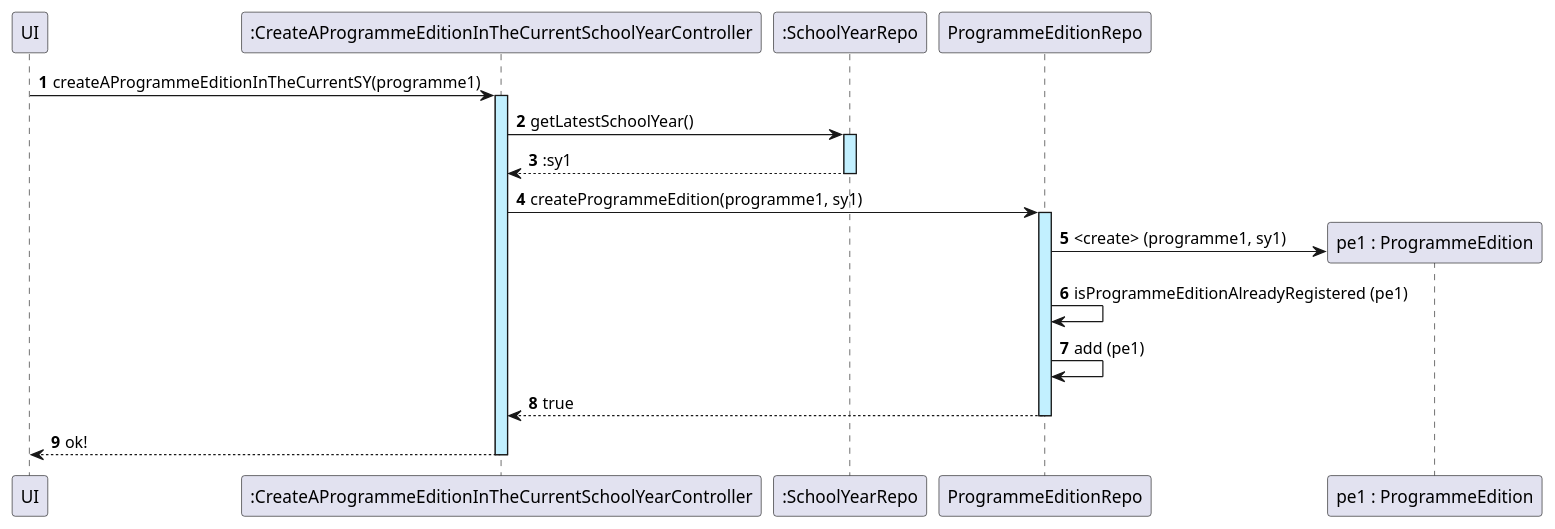
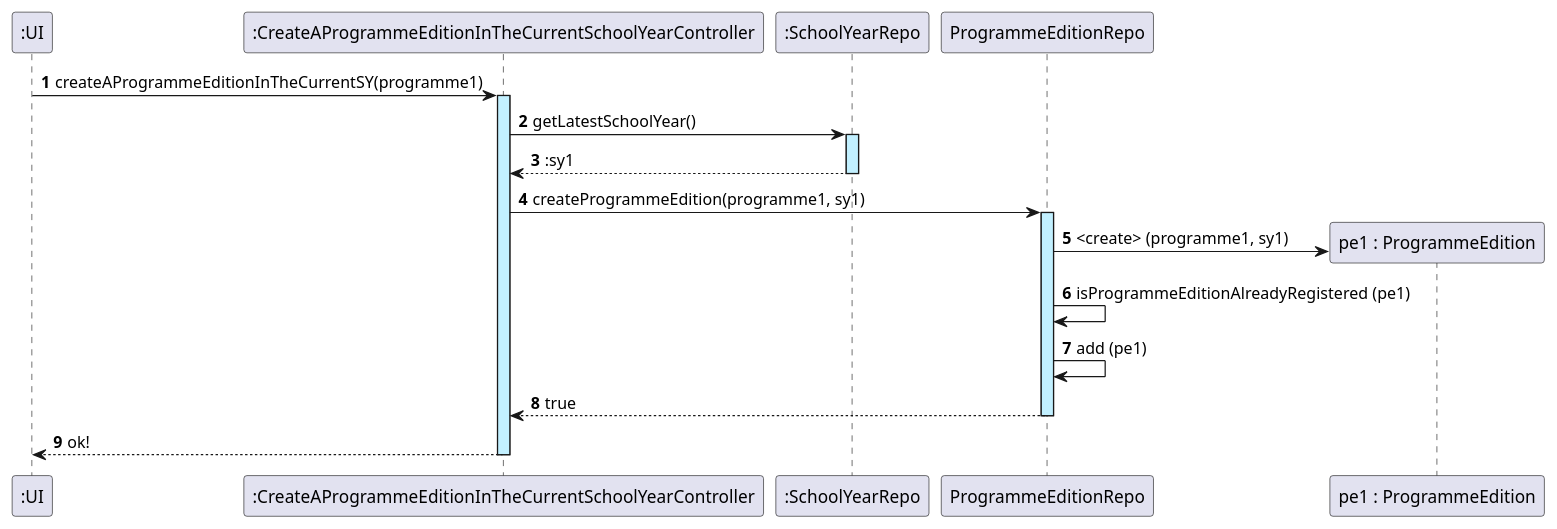
One commit to GasparISEP/DevOps-PAI changed the diagram in docs/sequenceDiagrams/US18/US18_CreateAProgrammeEditionForTheCurrentSchoolYear.puml. Above: the diagram before and after it, drawn with PlantUML.

Commit message:
US18 Sequence Diagram minor corrections

```diff
--- a/docs/sequenceDiagrams/US18/US18_CreateAProgrammeEditionForTheCurrentSchoolYear.puml
+++ b/docs/sequenceDiagrams/US18/US18_CreateAProgrammeEditionForTheCurrentSchoolYear.puml
@@ -1,27 +1,27 @@
 @startuml
 
 autonumber
 
-participant "UI"
+participant ":UI" as UI
 participant ":CreateAProgrammeEditionInTheCurrentSchoolYearController" as CPEC
 participant ":SchoolYearRepo" as SYR
 'participant ":SchoolYear"
 'participant "ProgrammeList"
 participant "ProgrammeEditionRepo" as PER
 'participant "ProgrammeEdition"
 
 
 UI -> CPEC ++ #application : createAProgrammeEditionInTheCurrentSY(programme1)
 CPEC -> SYR ++ #application : getLatestSchoolYear()
 SYR --> CPEC ::sy1
 SYR --
 CPEC -> PER ++ #application : createProgrammeEdition(programme1, sy1)
 create "pe1 : ProgrammeEdition" as PE
 PER -> PE : <create> (programme1, sy1)
 PER -> PER : isProgrammeEditionAlreadyRegistered (pe1)
 PER -> PER : add (pe1)
 PER --> CPEC : true
 PER --
 CPEC --> UI : ok!
 CPEC --
 @enduml
```
